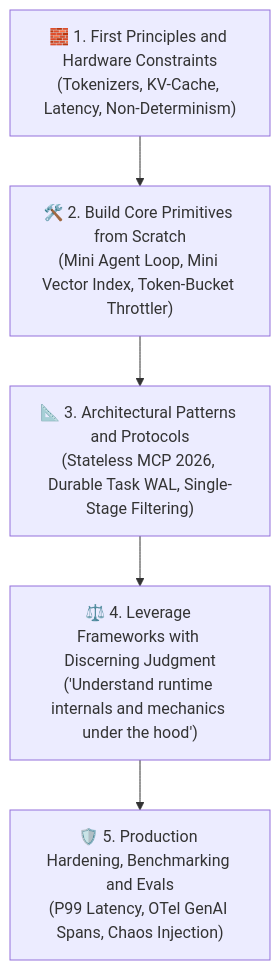
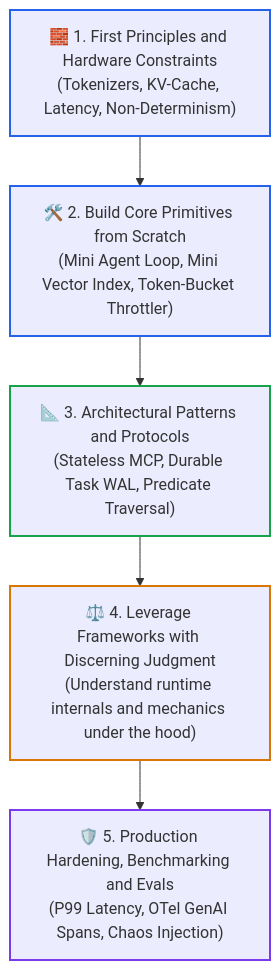
Before and after one commit to dip4k/senior-engineer-to-ai-engineer-roadmap: the second of 7 diagrams in ai-platform-and-agent-infrastructure-roadmap.md, drawn with Mermaid. The commit also changed other lines of this file and 49 other files, not shown here.

First line of the commit message:
feat(curriculum): complete 2026 refactoring across roadmaps, use-cases, labs, and agent-forge

````diff
--- a/ai-platform-and-agent-infrastructure-roadmap.md
+++ b/ai-platform-and-agent-infrastructure-roadmap.md
@@ -82,8 +87,14 @@
 ```mermaid
 flowchart TD
     L1["🧱 1. First Principles and Hardware Constraints<br>(Tokenizers, KV-Cache, Latency, Non-Determinism)"] --> L2
     L2["🛠️ 2. Build Core Primitives from Scratch<br>(Mini Agent Loop, Mini Vector Index, Token-Bucket Throttler)"] --> L3
-    L3["📐 3. Architectural Patterns and Protocols<br>(Stateless MCP 2026, Durable Task WAL, Single-Stage Filtering)"] --> L4
-    L4["⚖️ 4. Leverage Frameworks with Discerning Judgment<br>('Understand runtime internals and mechanics under the hood')"] --> L5
+    L3["📐 3. Architectural Patterns and Protocols<br>(Stateless MCP, Durable Task WAL, Predicate Traversal)"] --> L4
+    L4["⚖️ 4. Leverage Frameworks with Discerning Judgment<br>(Understand runtime internals and mechanics under the hood)"] --> L5
     L5["🛡️ 5. Production Hardening, Benchmarking and Evals<br>(P99 Latency, OTel GenAI Spans, Chaos Injection)"]
+
+    style L1 stroke:#2563eb,stroke-width:2px
+    style L2 stroke:#2563eb,stroke-width:2px
+    style L3 stroke:#16a34a,stroke-width:2px
+    style L4 stroke:#d97706,stroke-width:2px
+    style L5 stroke:#7c3aed,stroke-width:2px
 ```
````
